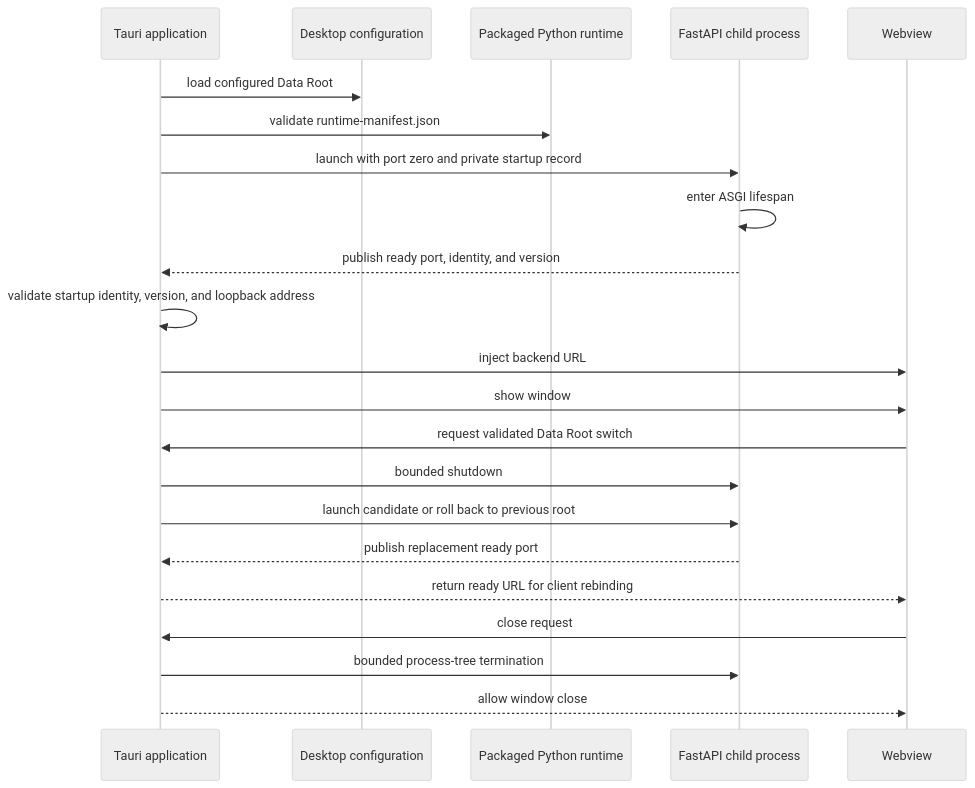
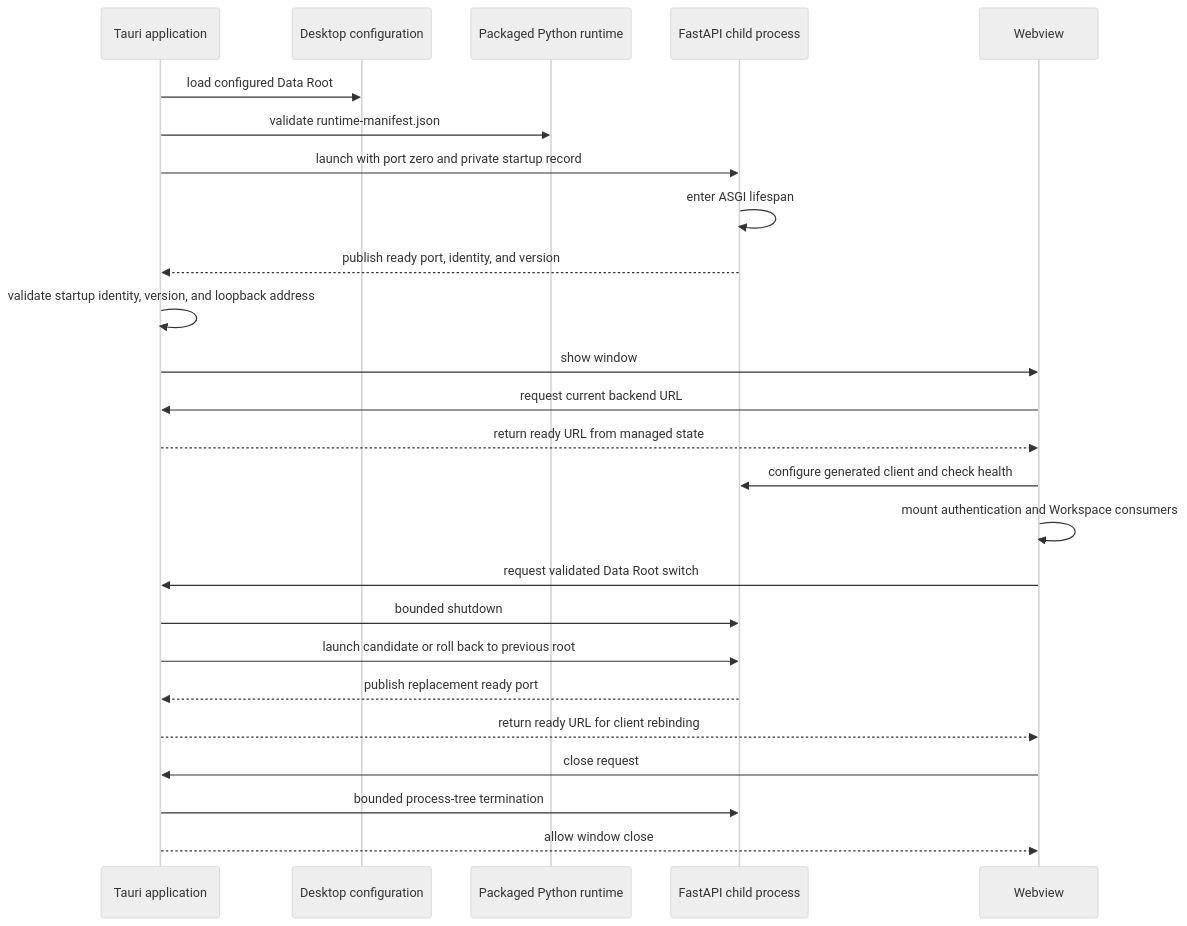
Before and after one commit to Australian-Text-Analytics-Platform/ldaca_web_app: the first of 2 diagrams in docs/architecture/frontend/desktop.md, drawn with Mermaid (neutral theme). The commit also changed other lines of this file and 14 other files, not shown here.

````diff
--- a/docs/architecture/frontend/desktop.md
+++ b/docs/architecture/frontend/desktop.md
@@ -15,25 +15,28 @@
 ```mermaid
 sequenceDiagram
     participant App as Tauri application
     participant Config as Desktop configuration
     participant Runtime as Packaged Python runtime
     participant Backend as FastAPI child process
     participant Webview
 
     App->>Config: load configured Data Root
     App->>Runtime: validate runtime-manifest.json
     App->>Backend: launch with port zero and private startup record
     Backend->>Backend: enter ASGI lifespan
     Backend-->>App: publish ready port, identity, and version
     App->>App: validate startup identity, version, and loopback address
-    App->>Webview: inject backend URL
     App->>Webview: show window
+    Webview->>App: request current backend URL
+    App-->>Webview: return ready URL from managed state
+    Webview->>Backend: configure generated client and check health
+    Webview->>Webview: mount authentication and Workspace consumers
     Webview->>App: request validated Data Root switch
     App->>Backend: bounded shutdown
     App->>Backend: launch candidate or roll back to previous root
     Backend-->>App: publish replacement ready port
     App-->>Webview: return ready URL for client rebinding
     Webview->>App: close request
     App->>Backend: bounded process-tree termination
     App-->>Webview: allow window close
 ```
````
